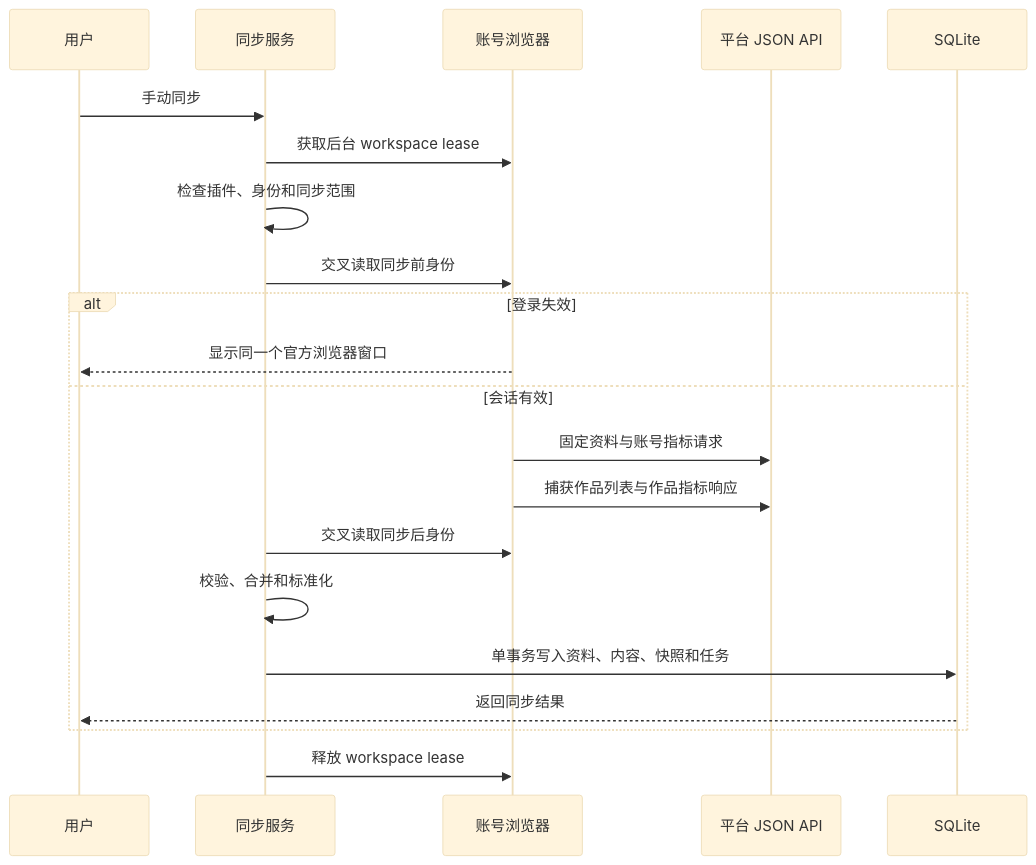
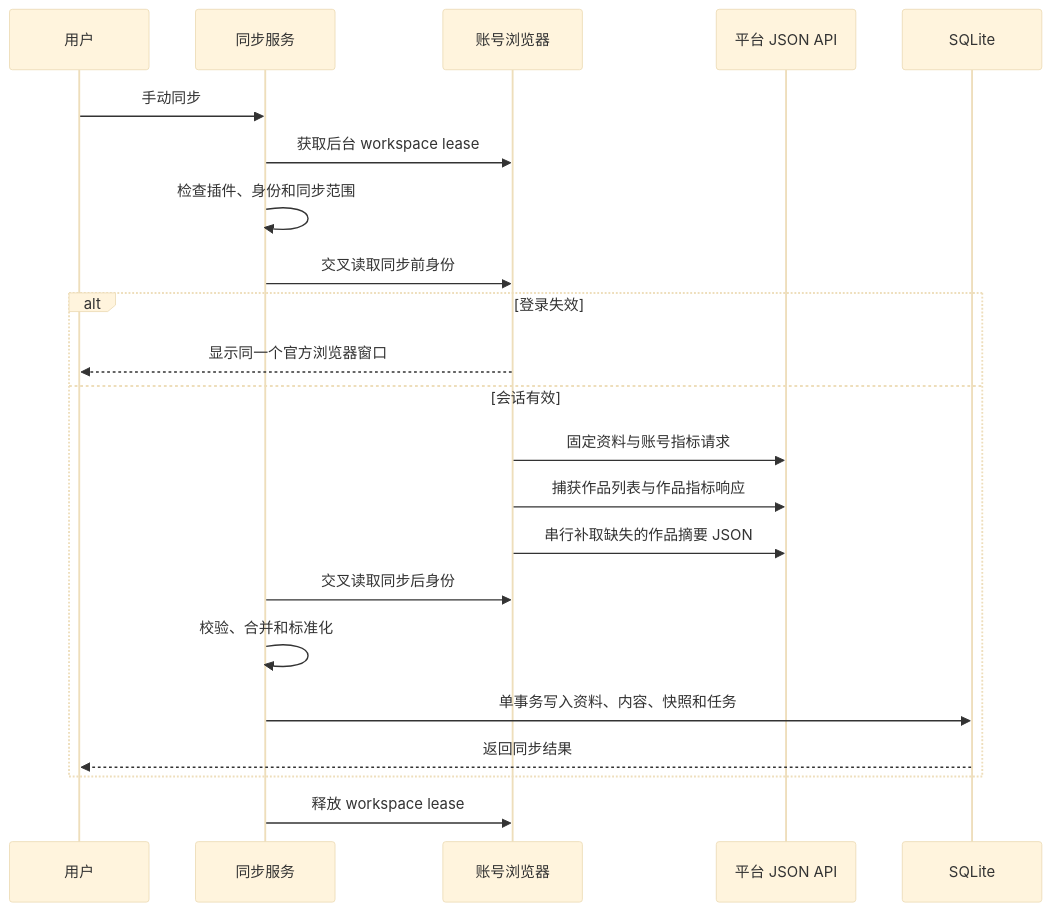
The second of 2 diagrams in docs/research-and-design.md (nzmxd/streamfold), drawn with Mermaid (base theme) before and after one commit. The commit also changed other lines of this file and 27 other files, not shown here.

````diff
--- a/docs/research-and-design.md
+++ b/docs/research-and-design.md
@@ -181,23 +183,24 @@
 ```mermaid
 sequenceDiagram
     participant U as 用户
     participant S as 同步服务
     participant B as 账号浏览器
     participant P as 平台 JSON API
     participant D as SQLite
     U->>S: 手动同步
     S->>B: 获取后台 workspace lease
     S->>S: 检查插件、身份和同步范围
     S->>B: 交叉读取同步前身份
     alt 登录失效
         B-->>U: 显示同一个官方浏览器窗口
     else 会话有效
     B->>P: 固定资料与账号指标请求
     B->>P: 捕获作品列表与作品指标响应
+    B->>P: 串行补取缺失的作品摘要 JSON
     S->>B: 交叉读取同步后身份
     S->>S: 校验、合并和标准化
     S->>D: 单事务写入资料、内容、快照和任务
     D-->>U: 返回同步结果
     end
     S->>B: 释放 workspace lease
 ```
````
